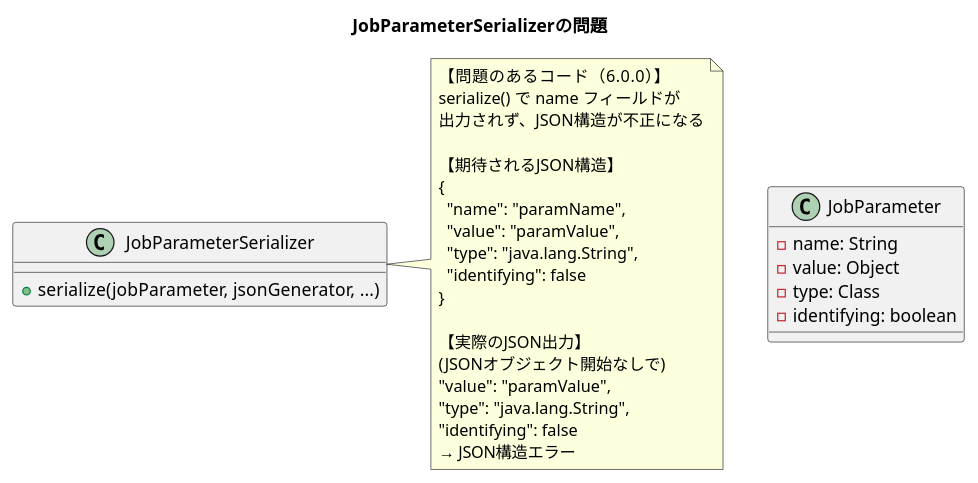
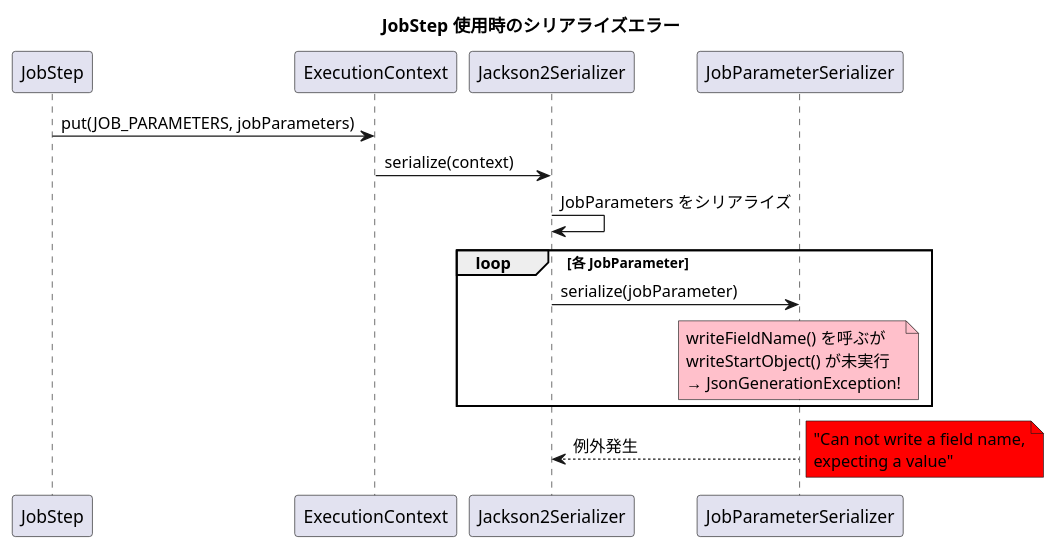
One commit to mochimoching/github_issue_translate changed the first of 2 diagrams in output/spring-batch/6.0.2/all/current/markdown/issues_summary/issue_5191.md. Above: the diagram before and after it, drawn with PlantUML. The commit also changed other lines of this file and 63 other files, not shown here.

````diff
--- a/output/spring-batch/6.0.2/all/current/markdown/issues_summary/issue_5191.md
+++ b/output/spring-batch/6.0.2/all/current/markdown/issues_summary/issue_5191.md
@@ -24,38 +13,27 @@
 ```plantuml
 @startuml
-title JobParameterSerializerの問題
+title JobStep 使用時のシリアライズエラー
 
-class JobParameter {
-    - name: String
-    - value: Object
-    - type: Class
-    - identifying: boolean
-}
+participant "JobStep" as JobStep
+participant "ExecutionContext" as Ctx
+participant "Jackson2Serializer" as Serializer
+participant "JobParameterSerializer" as ParamSerializer
 
-class JobParameterSerializer {
-    + serialize(jobParameter, jsonGenerator, ...)
-}
+JobStep -> Ctx: put(JOB_PARAMETERS, jobParameters)
+Ctx -> Serializer: serialize(context)
+Serializer -> Serializer: JobParameters をシリアライズ
 
-note right of JobParameterSerializer
-【問題のあるコード（6.0.0）】
-serialize() で name フィールドが
-出力されず、JSON構造が不正になる
+loop 各 JobParameter
+  Serializer -> ParamSerializer: serialize(jobParameter)
+  note over ParamSerializer #Pink
+    writeFieldName() を呼ぶが
+    writeStartObject() が未実行
+    → JsonGenerationException!
+  end note
+end
 
-【期待されるJSON構造】
-{
-  "name": "paramName",
-  "value": "paramValue",
-  "type": "java.lang.String",
-  "identifying": false
-}
-
-【実際のJSON出力】
-(JSONオブジェクト開始なしで)
-"value": "paramValue",
-"type": "java.lang.String",
-"identifying": false
-→ JSON構造エラー
-end note
+ParamSerializer --> Serializer: 例外発生
+note right #Red: "Can not write a field name,\nexpecting a value"
 
 @enduml
 ```
````
